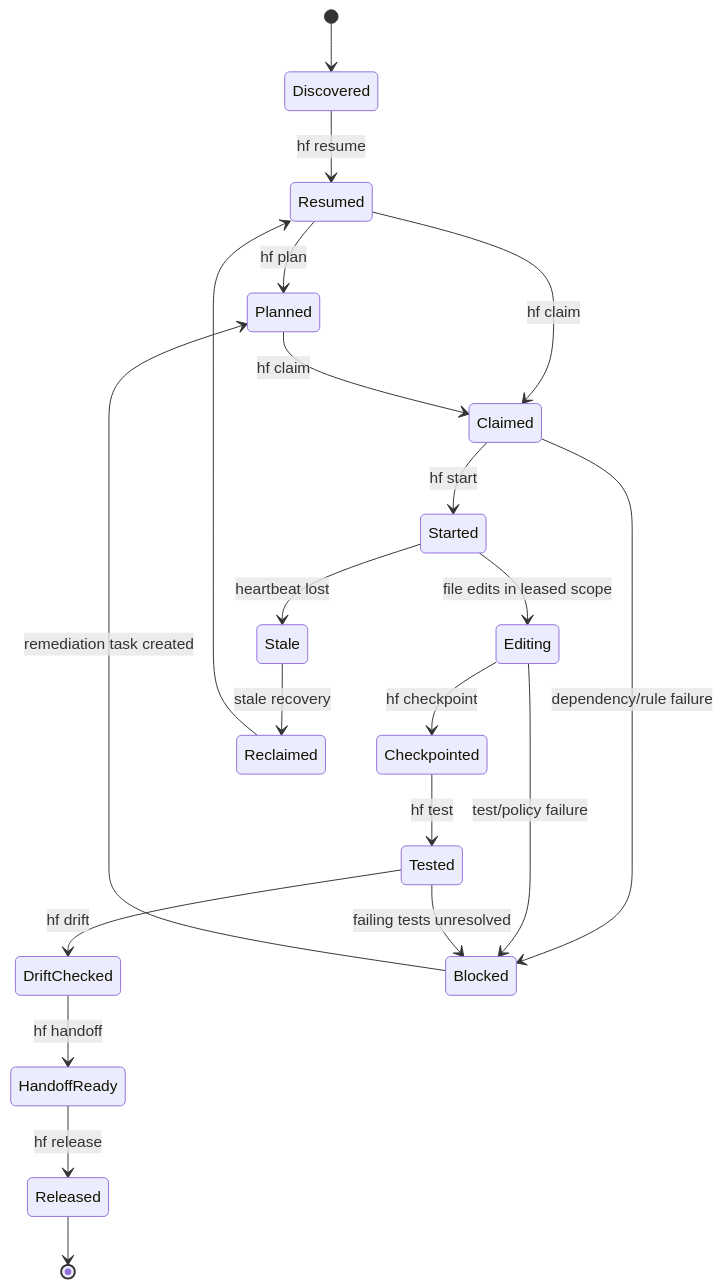
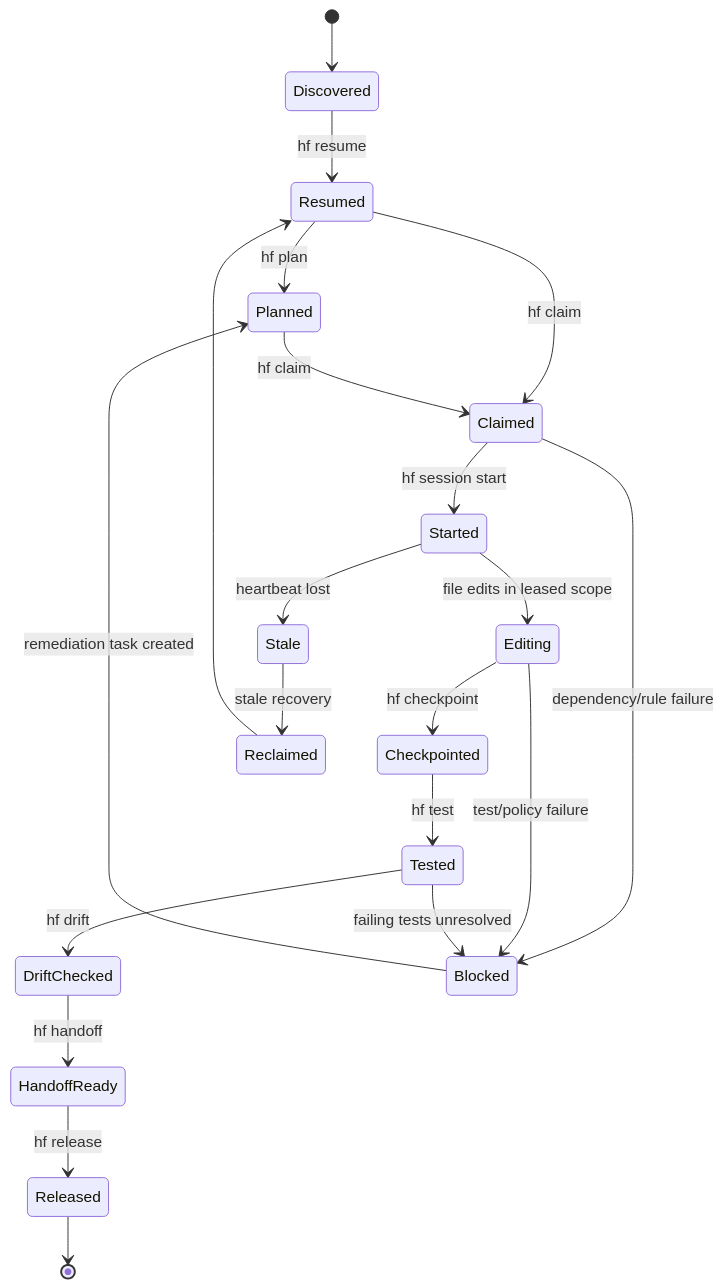
One commit to FlexNetOS/handoff changed the second of 2 diagrams in docs/Continuity_Ledger_Kernel_PRD.md. Above: the diagram before and after it, drawn with Mermaid. The commit also changed other lines of this file and 6 other files, not shown here.

````diff
--- a/docs/Continuity_Ledger_Kernel_PRD.md
+++ b/docs/Continuity_Ledger_Kernel_PRD.md
@@ -358,25 +358,25 @@
 ```mermaid
 stateDiagram-v2
     [*] --> Discovered
     Discovered --> Resumed: hf resume
     Resumed --> Planned: hf plan
     Resumed --> Claimed: hf claim
     Planned --> Claimed: hf claim
-    Claimed --> Started: hf start
+    Claimed --> Started: hf session start
     Started --> Editing: file edits in leased scope
     Editing --> Checkpointed: hf checkpoint
     Checkpointed --> Tested: hf test
     Tested --> DriftChecked: hf drift
     DriftChecked --> HandoffReady: hf handoff
     HandoffReady --> Released: hf release
     Released --> [*]
 
     Claimed --> Blocked: dependency/rule failure
     Editing --> Blocked: test/policy failure
     Tested --> Blocked: failing tests unresolved
     Blocked --> Planned: remediation task created
 
     Started --> Stale: heartbeat lost
     Stale --> Reclaimed: stale recovery
     Reclaimed --> Resumed
 ```
````
